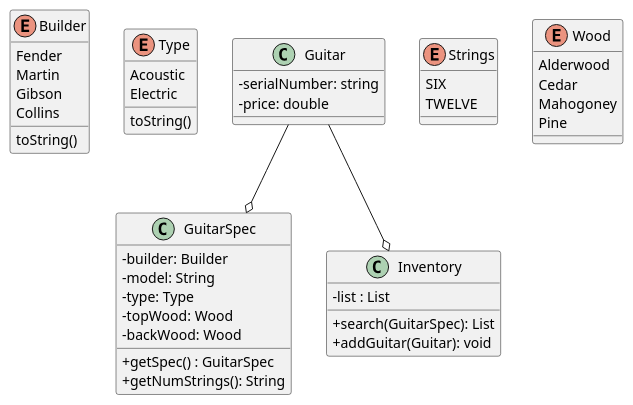
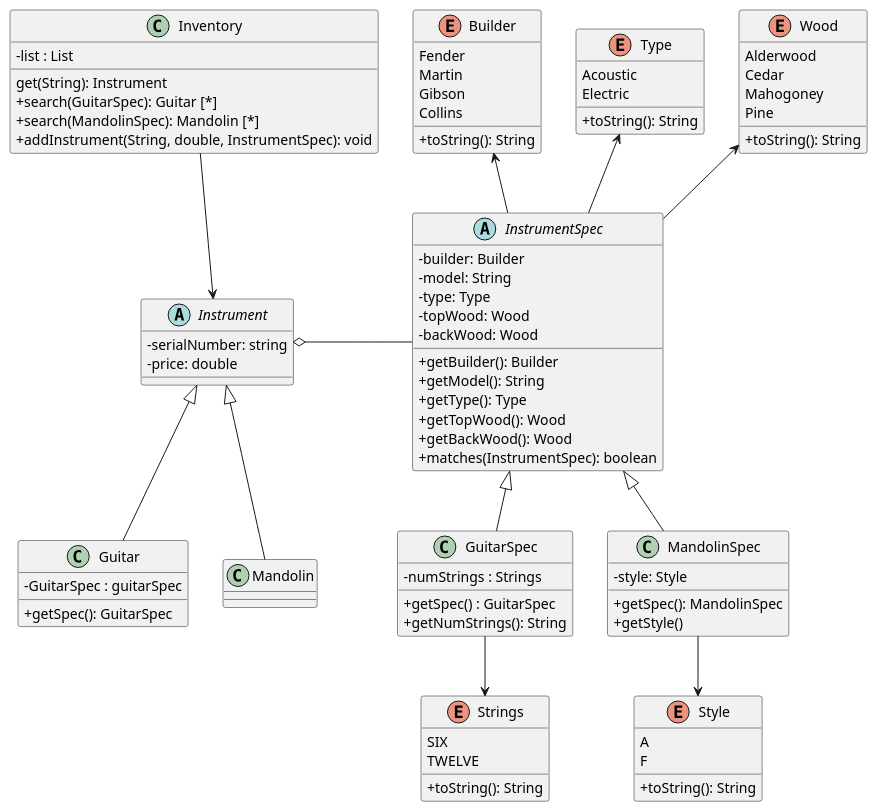
The diagram in src/ClassDiagram.puml (t00137667/GuitarShop), drawn with PlantUML before and after one commit. The commit also changed 9 other files, not shown here.

```diff
--- a/src/ClassDiagram.puml
+++ b/src/ClassDiagram.puml
@@ -1,57 +1,100 @@
 @startuml
 
 skinparam classAttributeIconSize 0
 Builder -[hidden]>Type
 
 class Guitar {
+-GuitarSpec : guitarSpec
++getSpec(): GuitarSpec
+}
+
+abstract class Instrument {
 -serialNumber: string
 -price: double
-
 }
 
-class GuitarSpec{
+abstract class InstrumentSpec{
 -builder: Builder
 -model: String
 -type: Type
 -topWood: Wood
 -backWood: Wood
++getBuilder(): Builder
++getModel(): String
++getType(): Type
++getTopWood(): Wood
++getBackWood(): Wood
++matches(InstrumentSpec): boolean
+}
+
+
+class GuitarSpec {
+-numStrings : Strings
 +getSpec() : GuitarSpec
 +getNumStrings(): String
 }
 
+class MandolinSpec {
+-style: Style
++getSpec(): MandolinSpec
++getStyle()
+}
+
 class Inventory {
 -list : List
-+search(GuitarSpec): List
-+addGuitar(Guitar): void
+get(String): Instrument
++search(GuitarSpec): Guitar [*]
++search(MandolinSpec): Mandolin [*]
++addInstrument(String, double, InstrumentSpec): void
 }
 
 enum Builder {
 Fender
 Martin
 Gibson
 Collins
-toString()
++toString(): String
 }
+
+enum Style{
+A
+F
++toString(): String
+}
+
 
 enum Strings{
 SIX
 TWELVE
++toString(): String
 }
 
 enum Type {
 Acoustic
 Electric
-toString()
++toString(): String
 }
 
 enum Wood {
 Alderwood
 Cedar
 Mahogoney
 Pine
++toString(): String
 }
 
-Guitar --o Inventory
-Guitar --o GuitarSpec
+
+Inventory --> Instrument
+Instrument o- InstrumentSpec
+Instrument <|-- Mandolin
+Instrument <|-- Guitar
+InstrumentSpec <|-- MandolinSpec
+InstrumentSpec <|-- GuitarSpec
+InstrumentSpec -> Builder
+Type <-- InstrumentSpec
+Wood <-- InstrumentSpec
+MandolinSpec --> Style
+GuitarSpec --> Strings
+
 
 @enduml
```
